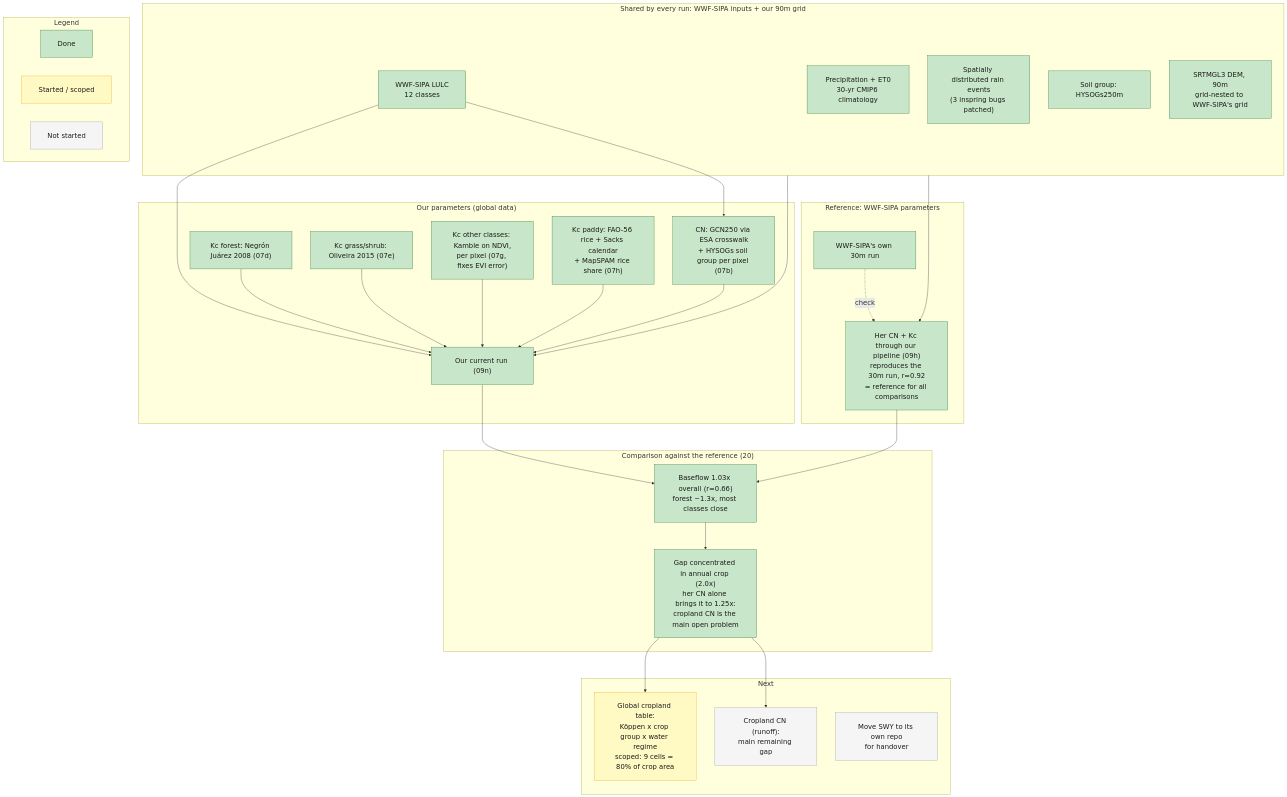
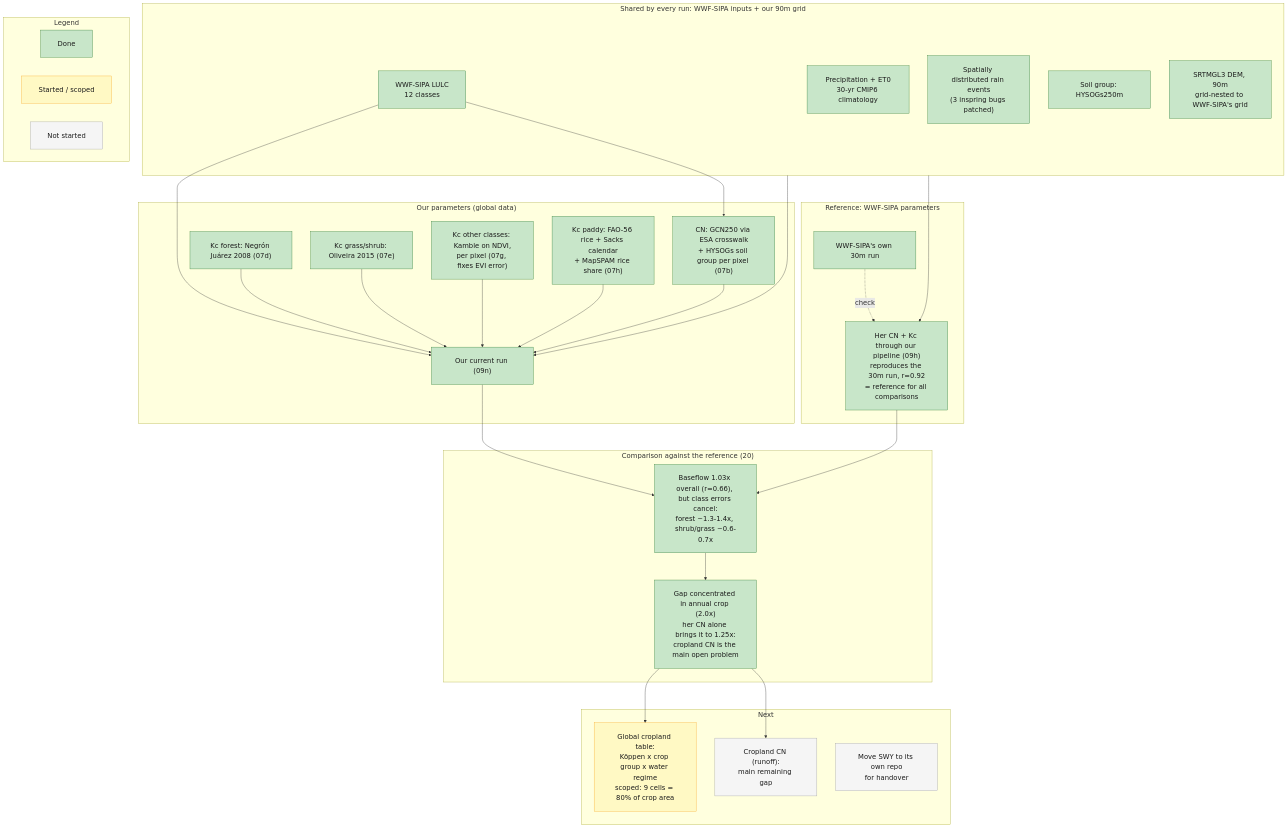
Before and after one commit to springinnovate/swy_parameterization: the diagram in docs/swy/workflow_philippines_diagram.qmd, drawn with Mermaid. The commit also changed 7 other files, not shown here.

First line of the commit message:
Correct overstated class agreement: the overall total matches because class errors cancel

````diff
--- a/docs/swy/workflow_philippines_diagram.qmd
+++ b/docs/swy/workflow_philippines_diagram.qmd
@@ -19,66 +19,66 @@
 ```{mermaid}
 %%| label: fig-workflow-philippines
 %%| fig-cap: "Philippines Kc/CN comparison, status 2026-09-25: shared inputs, the reference run, our parameter chain, the result, and next steps."
 %%| fig-width: 13
 %%{init: {'themeVariables': {'fontSize': '20px'}, 'flowchart': {'rankSpacing': 80, 'nodeSpacing': 55, 'padding': 25}}}%%
 flowchart TD
     subgraph SHARED["Shared by every run: WWF-SIPA inputs + our 90m grid"]
         LULC["WWF-SIPA LULC<br/>12 classes"]:::done
         CLIM["Precipitation + ET0<br/>30-yr CMIP6 climatology"]:::done
         RAINEV["Spatially distributed rain events<br/>(3 inspring bugs patched)"]:::done
         SOIL["Soil group: HYSOGs250m"]:::done
         DEM["SRTMGL3 DEM, 90m<br/>grid-nested to WWF-SIPA's grid"]:::done
     end
 
     subgraph REF["Reference: WWF-SIPA parameters"]
         HER30["WWF-SIPA's own 30m run"]:::done
         REFRUN["Her CN + Kc through our pipeline (09h)<br/>reproduces the 30m run, r=0.92<br/>= reference for all comparisons"]:::done
     end
 
     subgraph OURS["Our parameters (global data)"]
         CN["CN: GCN250 via ESA crosswalk<br/>+ HYSOGs soil group per pixel (07b)"]:::done
         KCF["Kc forest: Negrón Juárez 2008 (07d)"]:::done
         KCG["Kc grass/shrub: Oliveira 2015 (07e)"]:::done
         KCN["Kc other classes: Kamble on NDVI,<br/>per pixel (07g, fixes EVI error)"]:::done
         KCP["Kc paddy: FAO-56 rice + Sacks calendar<br/>+ MapSPAM rice share (07h)"]:::done
         OURRUN["Our current run (09n)"]:::done
     end
 
     subgraph RESULT["Comparison against the reference (20)"]
-        OVERALL["Baseflow 1.03x overall (r=0.66)<br/>forest ~1.3x, most classes close"]:::done
+        OVERALL["Baseflow 1.03x overall (r=0.66), but class errors cancel:<br/>forest ~1.3-1.4x, shrub/grass ~0.6-0.7x"]:::done
         CROP["Gap concentrated in annual crop (2.0x)<br/>her CN alone brings it to 1.25x:<br/>cropland CN is the main open problem"]:::done
     end
 
     subgraph NEXT["Next"]
         CROPCN["Cropland CN (runoff):<br/>main remaining gap"]:::todo
         TABLE["Global cropland table:<br/>Köppen x crop group x water regime<br/>scoped: 9 cells = 80% of crop area"]:::progress
         REPO["Move SWY to its own repo<br/>for handover"]:::todo
     end
 
     LULC --> CN
     LULC --> OURRUN
     SHARED --> REFRUN
     HER30 -.->|check| REFRUN
     KCF --> OURRUN
     KCG --> OURRUN
     KCN --> OURRUN
     KCP --> OURRUN
     CN --> OURRUN
     SHARED --> OURRUN
     REFRUN --> OVERALL
     OURRUN --> OVERALL
     OVERALL --> CROP
     CROP --> CROPCN
     CROP --> TABLE
 
     subgraph LEGEND["Legend"]
         direction LR
         LDONE["Done"]:::done
         LPROG["Started / scoped"]:::progress
         LTODO["Not started"]:::todo
     end
 
     classDef done fill:#c8e6c9,stroke:#2e7d32,color:#1b1b1b
     classDef progress fill:#fff9c4,stroke:#f9a825,color:#1b1b1b
     classDef todo fill:#f5f5f5,stroke:#9e9e9e,color:#1b1b1b
 ```
````
